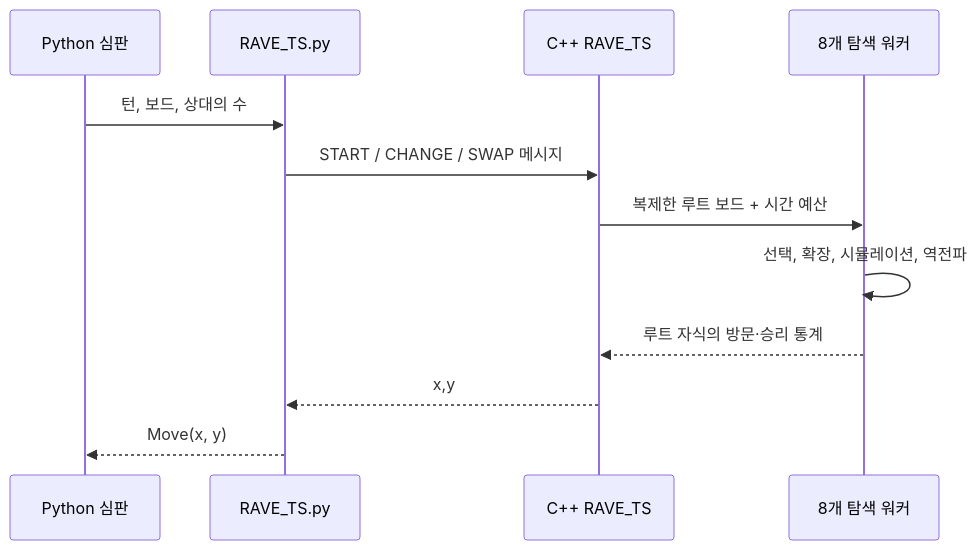
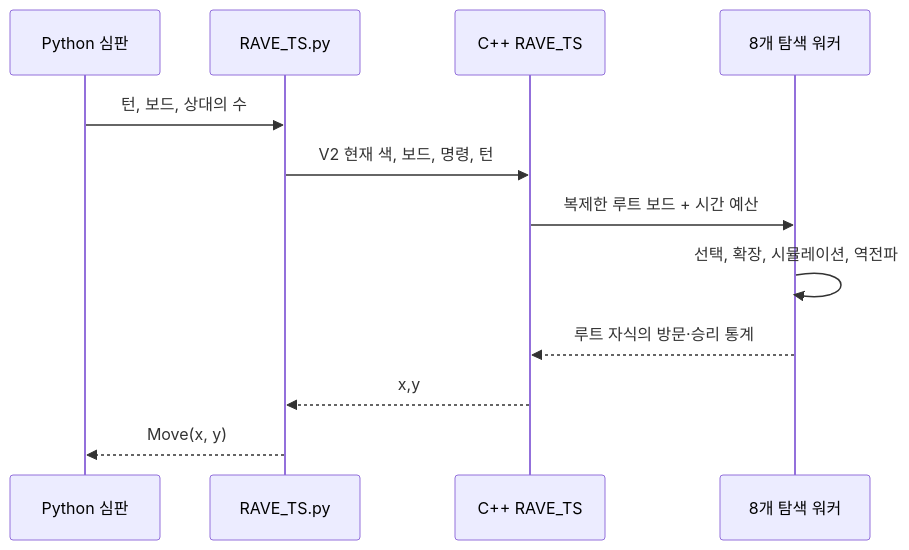
The diagram in docs/architecture.ko.md (Dongmyung378/AI-and-Games), drawn with Mermaid before and after one commit. The commit also changed other lines of this file and 16 other files, not shown here.

````diff
--- a/docs/architecture.ko.md
+++ b/docs/architecture.ko.md
@@ -11,15 +11,15 @@
 ```mermaid
 sequenceDiagram
     participant Referee as Python 심판
     participant Adapter as RAVE_TS.py
     participant Agent as C++ RAVE_TS
     participant Workers as 8개 탐색 워커
 
     Referee->>Adapter: 턴, 보드, 상대의 수
-    Adapter->>Agent: START / CHANGE / SWAP 메시지
+    Adapter->>Agent: V2 현재 색, 보드, 명령, 턴
     Agent->>Workers: 복제한 루트 보드 + 시간 예산
     Workers->>Workers: 선택, 확장, 시뮬레이션, 역전파
     Workers-->>Agent: 루트 자식의 방문·승리 통계
     Agent-->>Adapter: x,y
     Adapter-->>Referee: Move(x, y)
 ```
````
